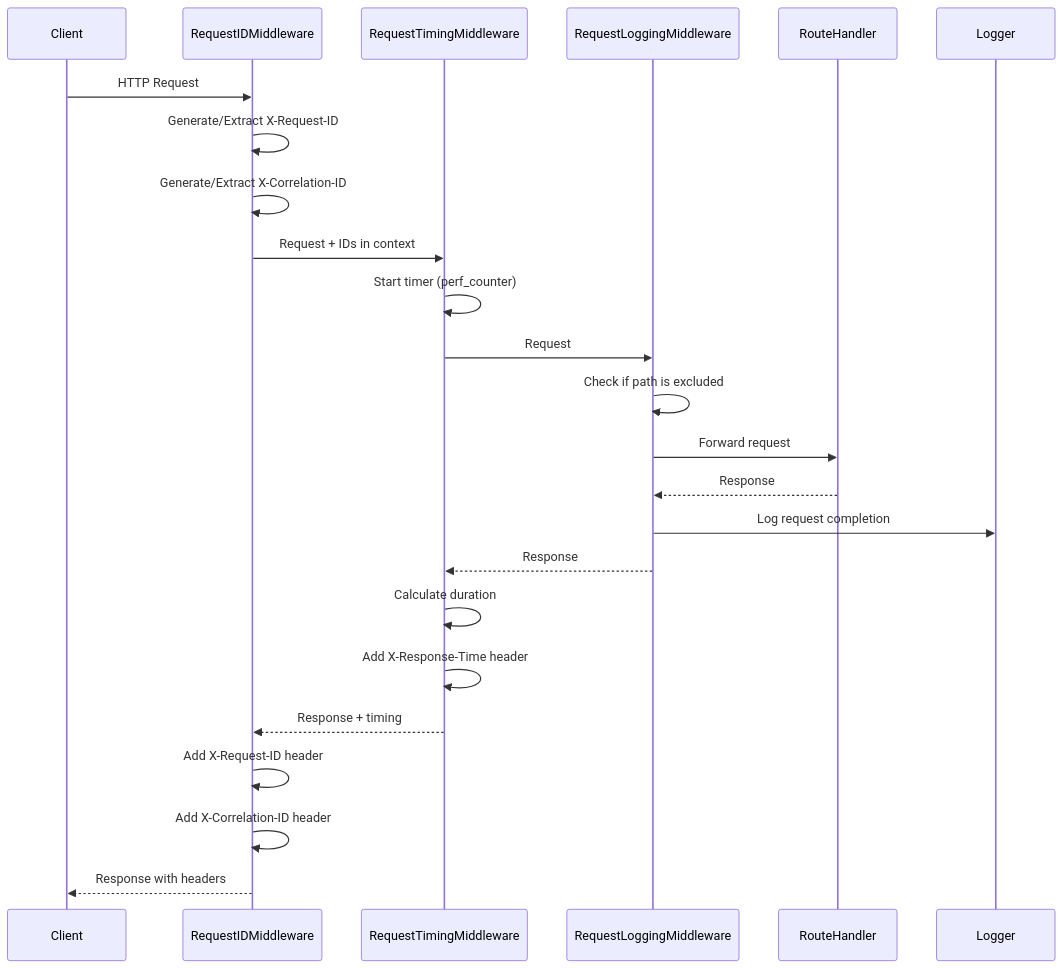
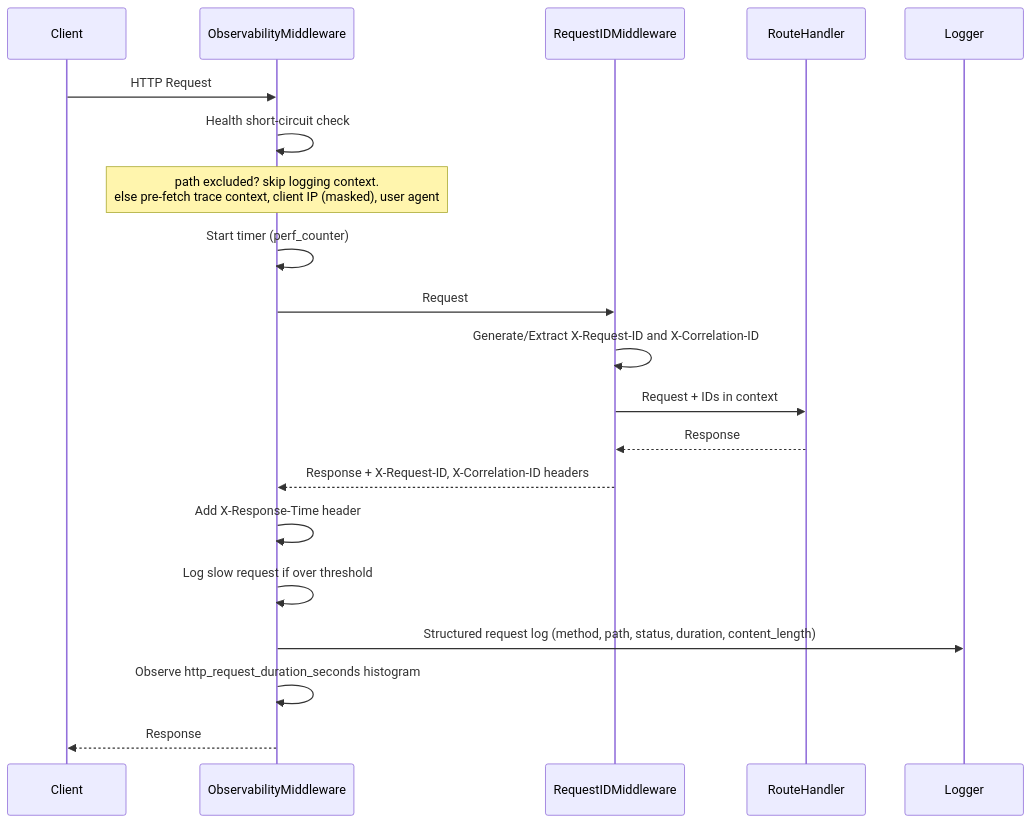
The diagram in docs/architecture/middleware/request-logging.md (mikesvoboda/nemotron-v3-home-security-intelligence), drawn with Mermaid before and after one commit. The commit also changed other lines of this file and 26 other files, not shown here.

````diff
--- a/docs/architecture/middleware/request-logging.md
+++ b/docs/architecture/middleware/request-logging.md
@@ -28,33 +30,27 @@
 ```mermaid
 sequenceDiagram
     participant Client
+    participant ObservabilityMiddleware
     participant RequestIDMiddleware
-    participant RequestTimingMiddleware
-    participant RequestLoggingMiddleware
     participant RouteHandler
     participant Logger
 
-    Client->>RequestIDMiddleware: HTTP Request
-    RequestIDMiddleware->>RequestIDMiddleware: Generate/Extract X-Request-ID
-    RequestIDMiddleware->>RequestIDMiddleware: Generate/Extract X-Correlation-ID
-    RequestIDMiddleware->>RequestTimingMiddleware: Request + IDs in context
+    Client->>ObservabilityMiddleware: HTTP Request
+    ObservabilityMiddleware->>ObservabilityMiddleware: Health short-circuit check
 
-    RequestTimingMiddleware->>RequestTimingMiddleware: Start timer (perf_counter)
-    RequestTimingMiddleware->>RequestLoggingMiddleware: Request
+    Note over ObservabilityMiddleware: path excluded? skip logging context.<br/>else pre-fetch trace context, client IP (masked), user agent
 
-    RequestLoggingMiddleware->>RequestLoggingMiddleware: Check if path is excluded
-    RequestLoggingMiddleware->>RouteHandler: Forward request
+    ObservabilityMiddleware->>ObservabilityMiddleware: Start timer (perf_counter)
+    ObservabilityMiddleware->>RequestIDMiddleware: Request
+    RequestIDMiddleware->>RequestIDMiddleware: Generate/Extract X-Request-ID and X-Correlation-ID
+    RequestIDMiddleware->>RouteHandler: Request + IDs in context
 
-    RouteHandler-->>RequestLoggingMiddleware: Response
+    RouteHandler-->>RequestIDMiddleware: Response
+    RequestIDMiddleware-->>ObservabilityMiddleware: Response + X-Request-ID, X-Correlation-ID headers
 
-    RequestLoggingMiddleware->>Logger: Log request completion
-    RequestLoggingMiddleware-->>RequestTimingMiddleware: Response
-
-    RequestTimingMiddleware->>RequestTimingMiddleware: Calculate duration
-    RequestTimingMiddleware->>RequestTimingMiddleware: Add X-Response-Time header
-    RequestTimingMiddleware-->>RequestIDMiddleware: Response + timing
-
-    RequestIDMiddleware->>RequestIDMiddleware: Add X-Request-ID header
-    RequestIDMiddleware->>RequestIDMiddleware: Add X-Correlation-ID header
-    RequestIDMiddleware-->>Client: Response with headers
+    ObservabilityMiddleware->>ObservabilityMiddleware: Add X-Response-Time header
+    ObservabilityMiddleware->>ObservabilityMiddleware: Log slow request if over threshold
+    ObservabilityMiddleware->>Logger: Structured request log (method, path, status, duration, content_length)
+    ObservabilityMiddleware->>ObservabilityMiddleware: Observe http_request_duration_seconds histogram
+    ObservabilityMiddleware-->>Client: Response
 ```
````
